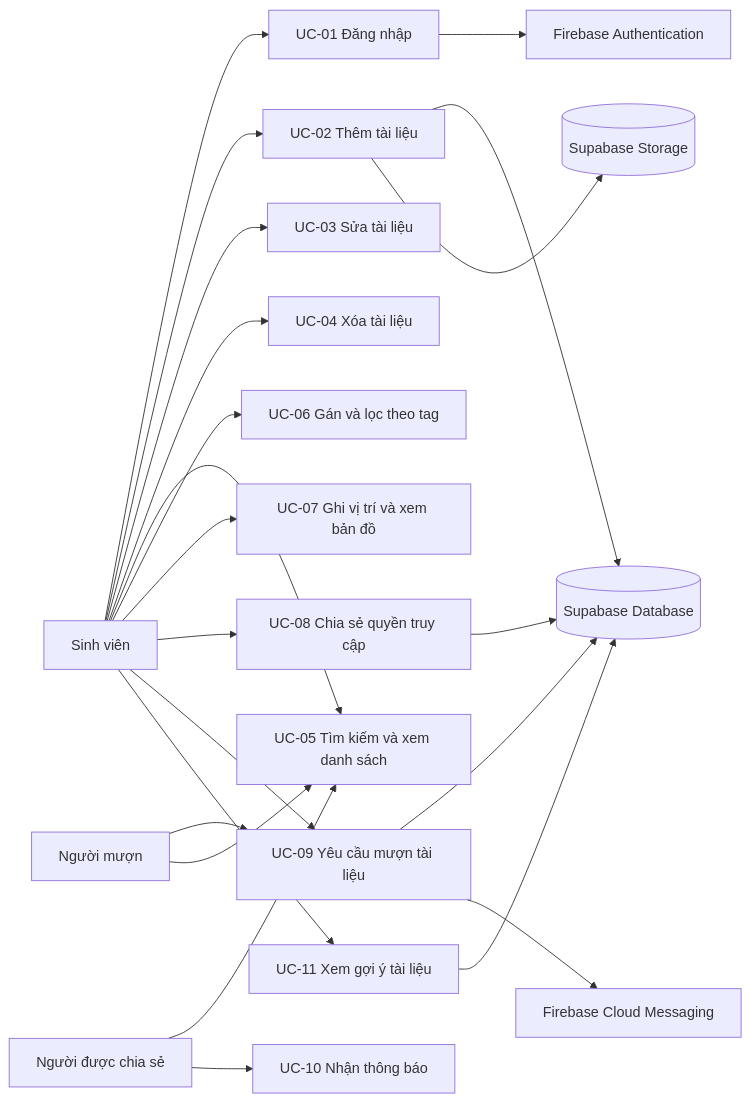
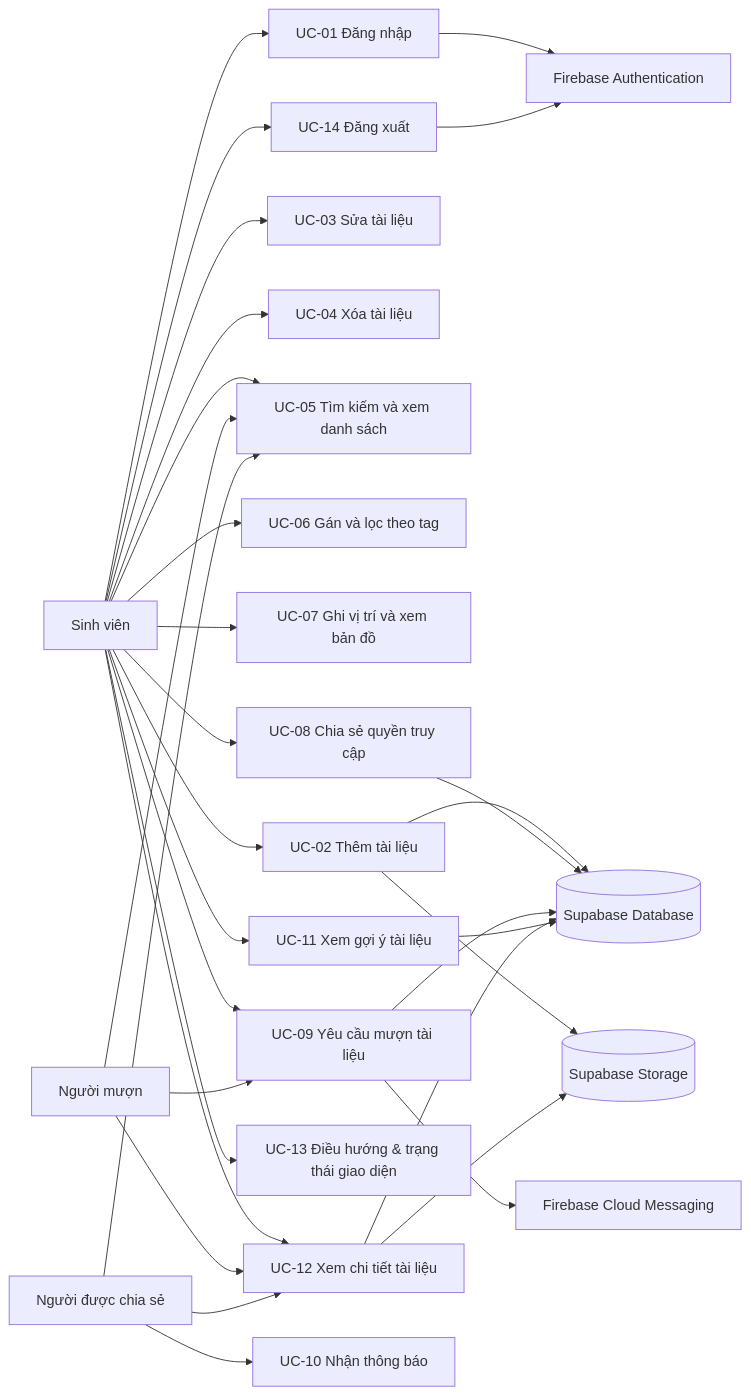
Before and after one commit to Minh-lab/document-management: the diagram in docs/DAC_TA_USECASE.md, drawn with Mermaid. The commit also changed other lines of this file and 35 other files, not shown here.

````diff
--- a/docs/DAC_TA_USECASE.md
+++ b/docs/DAC_TA_USECASE.md
@@ -28,26 +29,34 @@
 ```mermaid
 graph LR
   U[Sinh viên] --> UC01[UC-01 Đăng nhập]
   U --> UC02[UC-02 Thêm tài liệu]
   U --> UC03[UC-03 Sửa tài liệu]
   U --> UC04[UC-04 Xóa tài liệu]
   U --> UC05[UC-05 Tìm kiếm và xem danh sách]
   U --> UC06[UC-06 Gán và lọc theo tag]
   U --> UC07[UC-07 Ghi vị trí và xem bản đồ]
   U --> UC08[UC-08 Chia sẻ quyền truy cập]
   U --> UC09[UC-09 Yêu cầu mượn tài liệu]
   U --> UC11[UC-11 Xem gợi ý tài liệu]
+  U --> UC12[UC-12 Xem chi tiết tài liệu]
+  U --> UC13[UC-13 Điều hướng & trạng thái giao diện]
+  U --> UC14[UC-14 Đăng xuất]
 
   B[Người mượn] --> UC09
   B --> UC05
+  B --> UC12
   C[Người được chia sẻ] --> UC05
+  C --> UC12
   C --> UC10[UC-10 Nhận thông báo]
 
   UC02 --> S[(Supabase Database)]
   UC02 --> ST[(Supabase Storage)]
   UC08 --> S
   UC09 --> S
   UC09 --> FCM[Firebase Cloud Messaging]
   UC11 --> S
+  UC12 --> S
+  UC12 --> ST
   UC01 --> FA[Firebase Authentication]
+  UC14 --> FA
 ```
````
